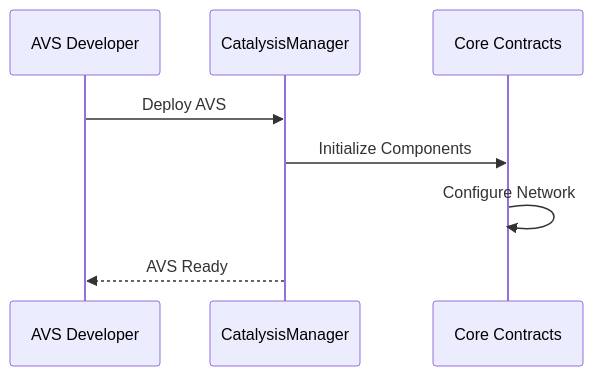
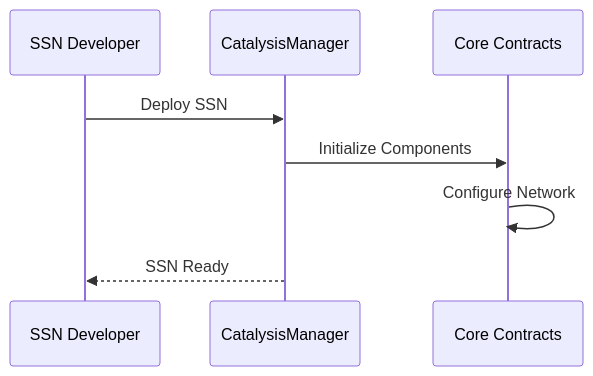
Before and after one commit to 0xcatalysis/docs: the first of 3 diagrams in docs/catalysis-core/network/04-contracts.md, drawn with Mermaid. The commit also changed other lines of this file and 9 other files, not shown here.

````diff
--- a/docs/catalysis-core/network/04-contracts.md
+++ b/docs/catalysis-core/network/04-contracts.md
@@ -96,11 +96,11 @@
 ```mermaid
 sequenceDiagram
-    participant Dev as AVS Developer
+    participant Dev as SSN Developer
     participant CM as CatalysisManager
     participant Core as Core Contracts
     
-    Dev->>CM: Deploy AVS
+    Dev->>CM: Deploy SSN
     CM->>Core: Initialize Components
     Core->>Core: Configure Network
-    CM-->>Dev: AVS Ready
+    CM-->>Dev: SSN Ready
 ```
````
